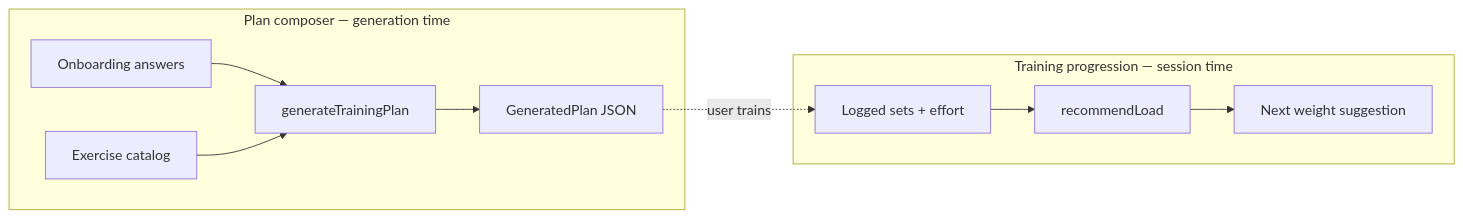
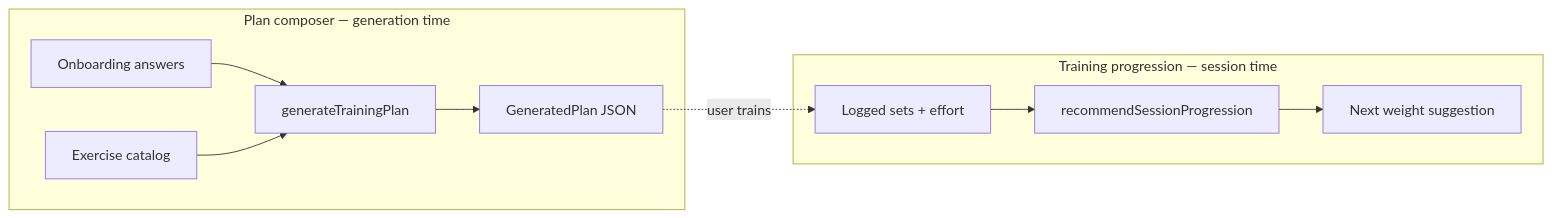
The diagram in docs/plan-engine/README.md (jeriel-rb/pacergo-app), drawn with Mermaid before and after one commit. The commit also changed other lines of this file and 80 other files, not shown here.

````diff
--- a/docs/plan-engine/README.md
+++ b/docs/plan-engine/README.md
@@ -19,13 +19,13 @@
 ```mermaid
 flowchart LR
   subgraph Composer["Plan composer — generation time"]
     A[Onboarding answers] --> B[generateTrainingPlan]
     C[Exercise catalog] --> B
     B --> D[GeneratedPlan JSON]
   end
   subgraph Live["Training progression — session time"]
-    E[Logged sets + effort] --> F[recommendLoad]
+    E[Logged sets + effort] --> F[recommendSessionProgression]
     F --> G[Next weight suggestion]
   end
   D -.->|user trains| E
 ```
````
